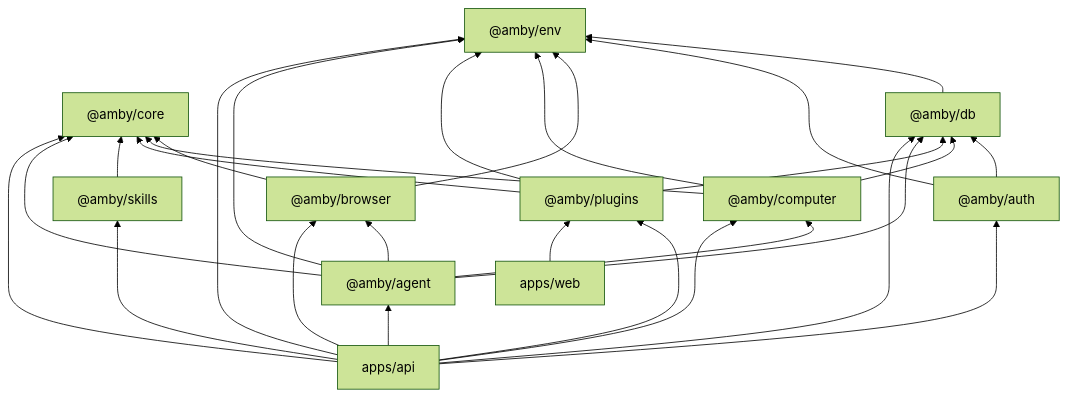
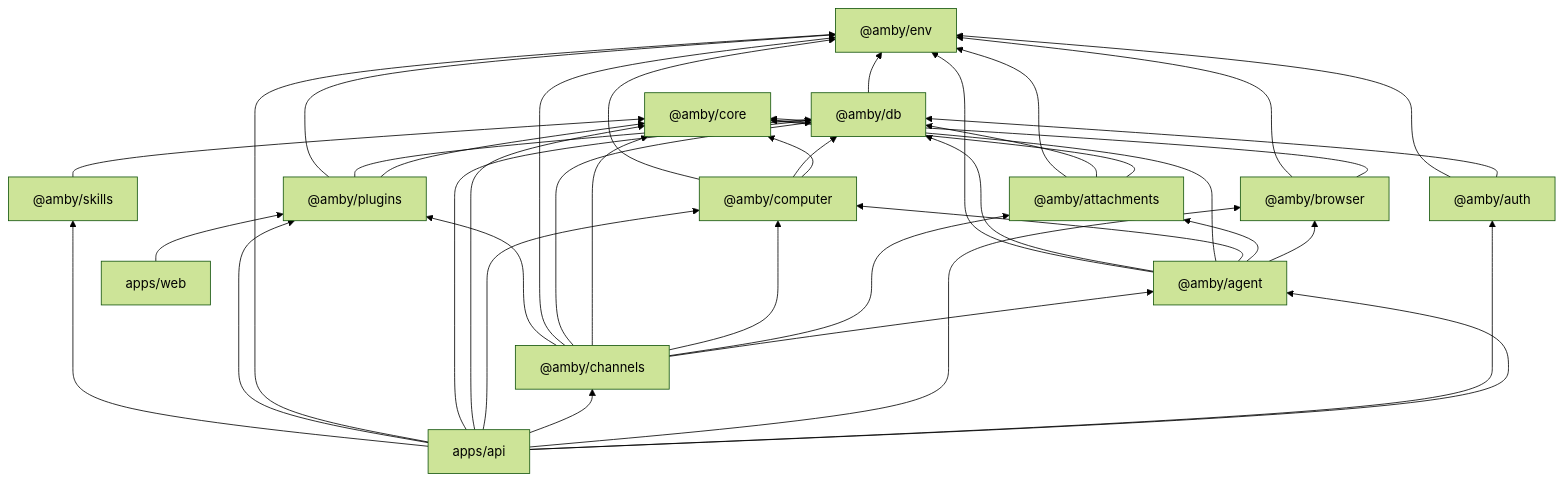
One commit to punitarani/amby changed the first of 2 diagrams in docs/ARCHITECTURE.md. Above: the diagram before and after it, drawn with Mermaid (forest theme). The commit also changed other lines of this file and 57 other files, not shown here.

Commit message:
Add Telegram attachment pipeline and document chat flow

````diff
--- a/docs/ARCHITECTURE.md
+++ b/docs/ARCHITECTURE.md
@@ -7,32 +7,44 @@
 ```mermaid
 graph BT
     env["@amby/env"]
     core["@amby/core"]
     db["@amby/db"] --> env
+    attachments["@amby/attachments"] --> core
+    attachments --> db
+    attachments --> env
     auth["@amby/auth"] --> db
     auth --> env
     browser["@amby/browser"] --> core
     browser --> env
     computer["@amby/computer"] --> core
     computer --> db
     computer --> env
     plugins["@amby/plugins"] --> core
     plugins --> db
     plugins --> env
     skills["@amby/skills"] --> core
     agent["@amby/agent"] --> browser
+    agent --> attachments
     agent --> computer
     agent --> core
     agent --> db
     agent --> env
+    channels["@amby/channels"] --> agent
+    channels --> attachments
+    channels --> computer
+    channels --> core
+    channels --> db
+    channels --> env
+    channels --> plugins
     api["apps/api"] --> agent
     api --> auth
     api --> browser
+    api --> channels
     api --> computer
     api --> core
     api --> db
     api --> env
     api --> plugins
     api --> skills
     web["apps/web"] --> plugins
 ```
````
